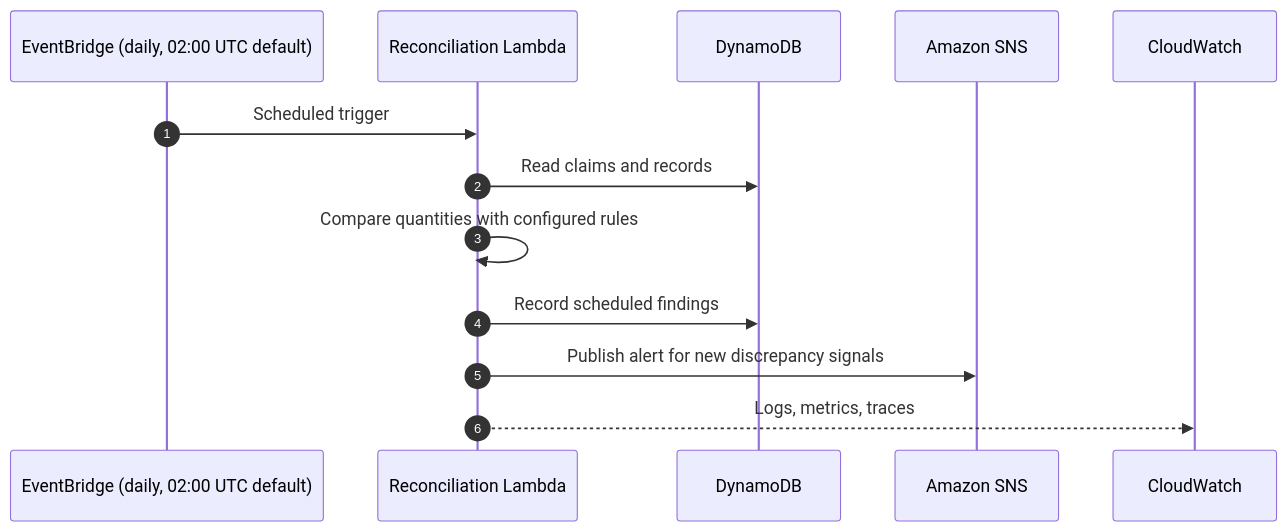
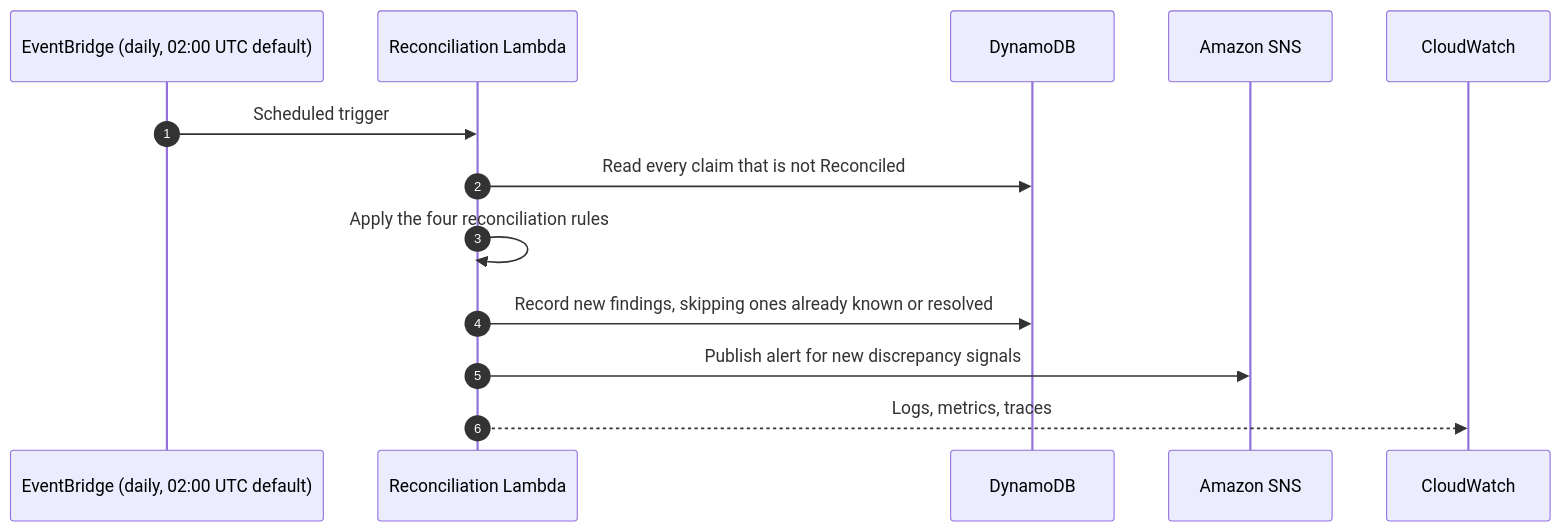
The fourth of 5 diagrams in README.md (Alcatraz234156/CycleProof), drawn with Mermaid before and after one commit. The commit also changed other lines of this file, not shown here.

````diff
--- a/README.md
+++ b/README.md
@@ -260,16 +268,16 @@
 ```mermaid
 sequenceDiagram
     autonumber
     participant E as EventBridge (daily, 02:00 UTC default)
     participant L as Reconciliation Lambda
     participant D as DynamoDB
     participant N as Amazon SNS
     participant C as CloudWatch
 
     E->>L: Scheduled trigger
-    L->>D: Read claims and records
-    L->>L: Compare quantities with configured rules
-    L->>D: Record scheduled findings
+    L->>D: Read every claim that is not Reconciled
+    L->>L: Apply the four reconciliation rules
+    L->>D: Record new findings, skipping ones already known or resolved
     L->>N: Publish alert for new discrepancy signals
     L-->>C: Logs, metrics, traces
 ```
````
